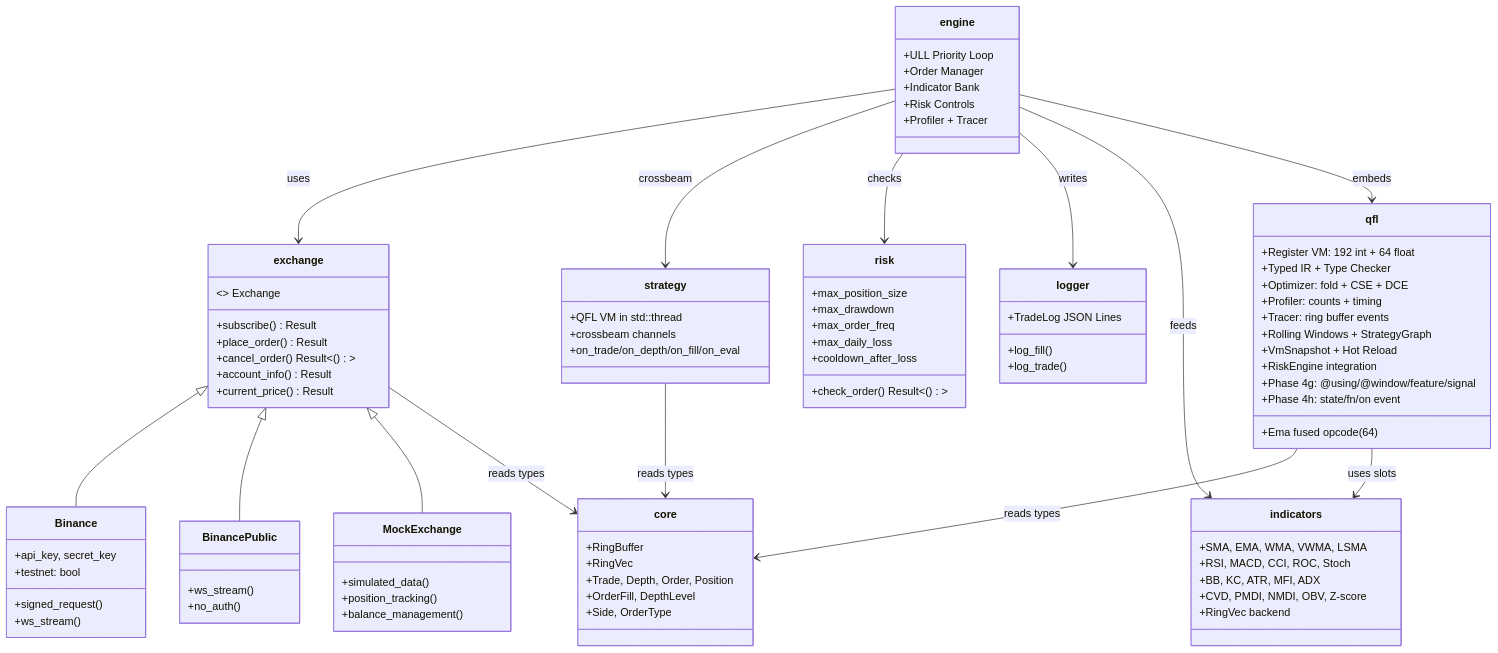
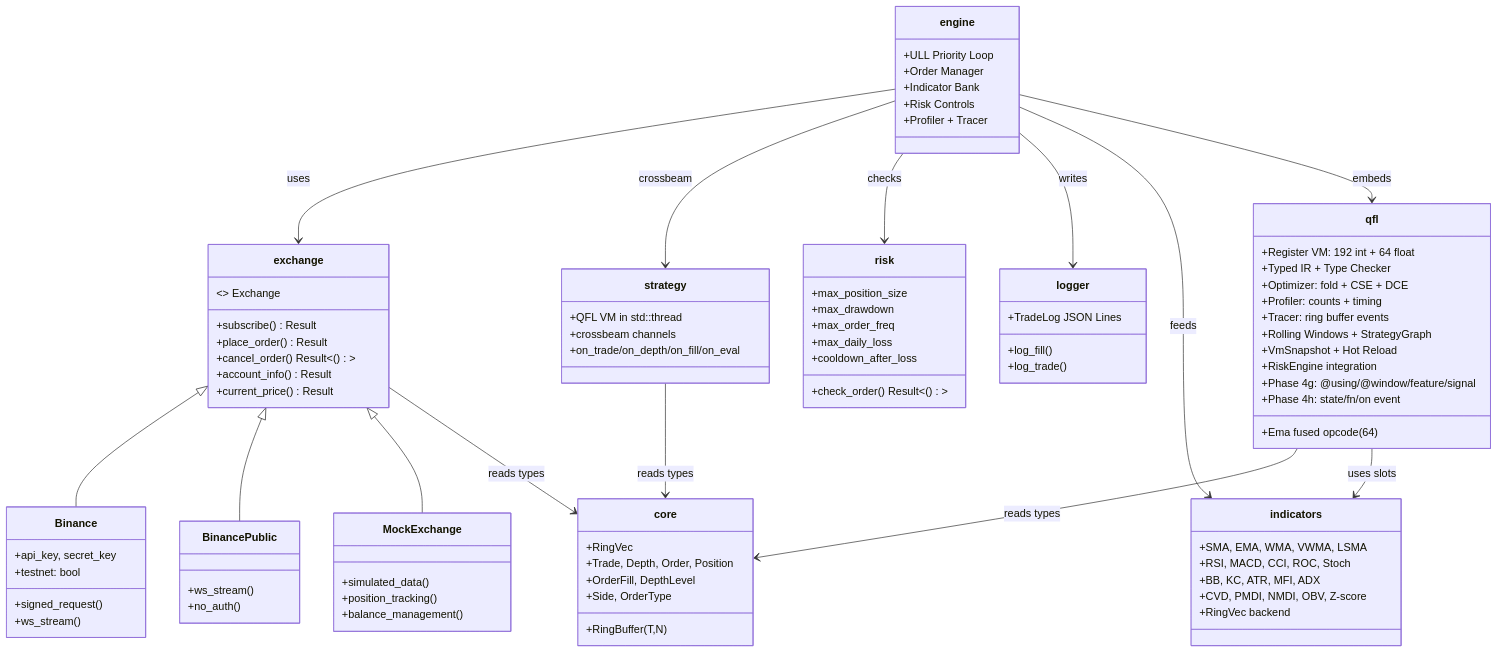
The third of 5 diagrams in README.md (0xitsss/quince), drawn with Mermaid before and after one commit. The commit also changed other lines of this file, not shown here.

````diff
--- a/README.md
+++ b/README.md
@@ -139,7 +139,7 @@
 ```mermaid
 classDiagram
     class core {
-        +RingBuffer<T,N>
+        +RingBuffer(T,N)
         +RingVec
         +Trade, Depth, Order, Position
         +OrderFill, DepthLevel
````
